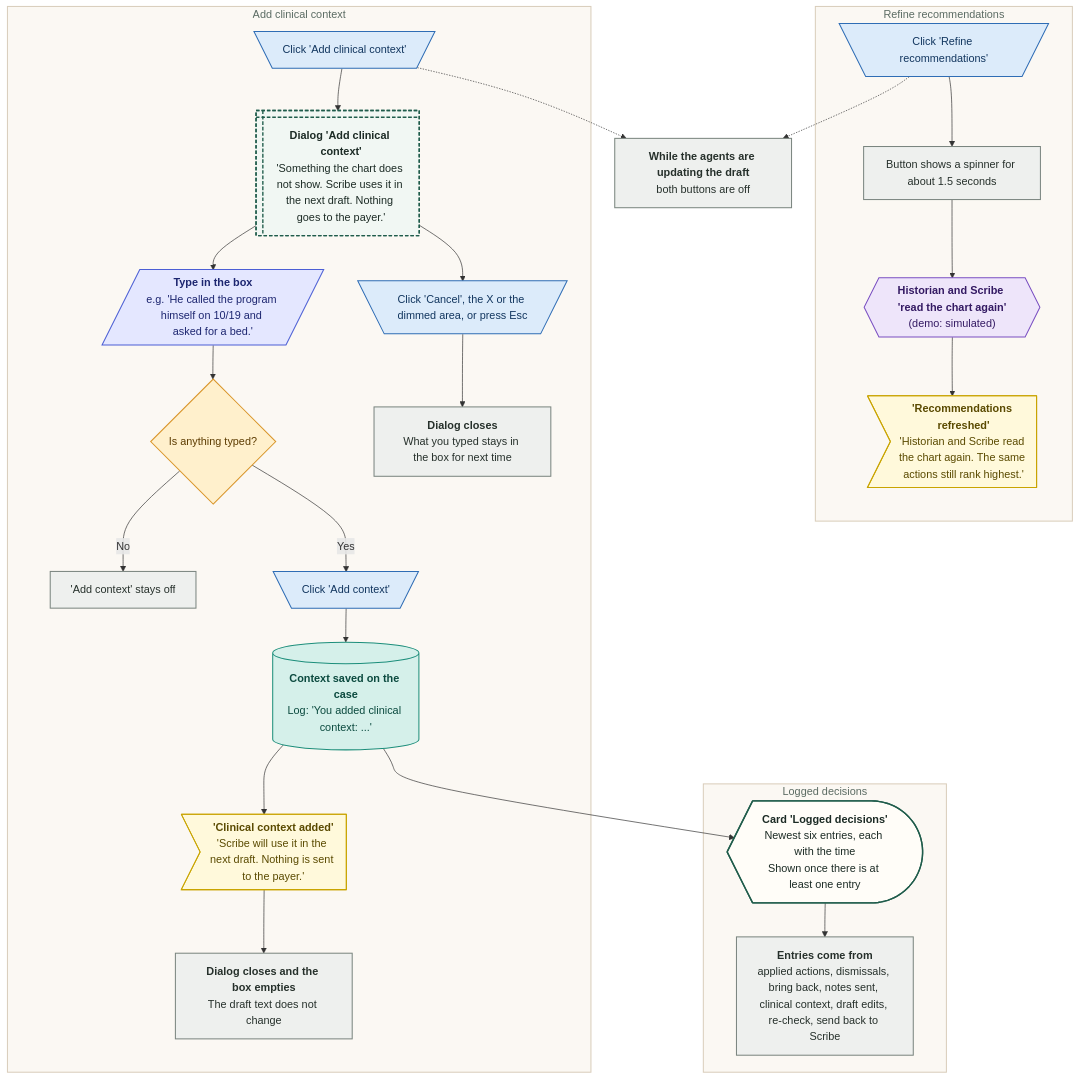
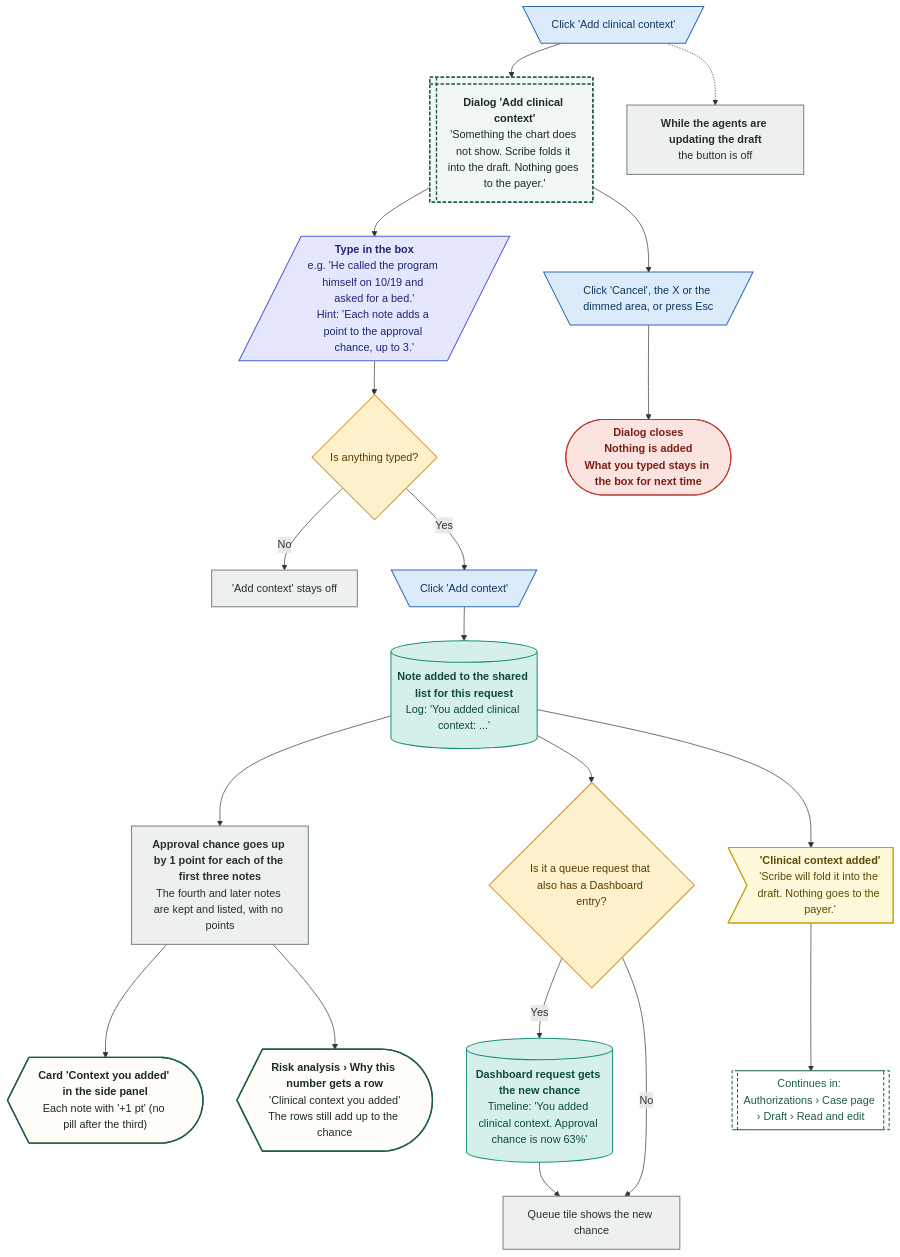
One commit to Shrav143/psyfloapp changed diagram 16 of 26 in demos/prior-auth-demo/workflows/out/md/03-authorizations.md. Above: the diagram before and after it, drawn with Mermaid. The commit also changed other lines of this file and 195 other files, not shown here.

First line of the commit message:
docs: Rebuild workflow diagrams after the demo fixes (220 diagrams)

````diff
--- a/demos/prior-auth-demo/workflows/out/md/03-authorizations.md
+++ b/demos/prior-auth-demo/workflows/out/md/03-authorizations.md
@@ -1172,65 +1285,58 @@
 ```mermaid
 %%{init: {"theme":"base","themeVariables":{"fontFamily":"'DM Sans', 'Segoe UI', system-ui, sans-serif","fontSize":"15px","lineColor":"#5B6B63","primaryTextColor":"#1C2B25","clusterBkg":"#FBF8F3","clusterBorder":"#D9CDBB","edgeLabelBackground":"#FFFFFF"},"flowchart":{"curve":"basis","nodeSpacing":36,"rankSpacing":48,"padding":12,"htmlLabels":true,"useMaxWidth":false,"wrappingWidth":230}} }%%
 flowchart TD
   classDef k_start fill:#1F5C4B,stroke:#174638,color:#FFFFFF,stroke-width:1.5px,font-weight:600
   classDef k_end fill:#DDEFE3,stroke:#2E7D4F,color:#14502F,stroke-width:1.5px,font-weight:600
   classDef k_endx fill:#FBE3E0,stroke:#C0392B,color:#7A1F16,stroke-width:1.5px,font-weight:600
   classDef k_screen fill:#FFFDF8,stroke:#1F5C4B,color:#1C2B25,stroke-width:2px
   classDef k_overlay fill:#F1F7F3,stroke:#1F5C4B,color:#1C2B25,stroke-width:2px,stroke-dasharray:5 3
   classDef k_click fill:#DCEBFA,stroke:#2F6DB5,color:#12365F,stroke-width:1.5px
   classDef k_input fill:#E4E7FF,stroke:#4C5FD5,color:#1D2670,stroke-width:1.5px
   classDef k_process fill:#EEF0EE,stroke:#7A857F,color:#26302B,stroke-width:1.5px
   classDef k_agent fill:#EEE5FA,stroke:#7A4FC2,color:#341A63,stroke-width:1.5px
   classDef k_decision fill:#FFF0CC,stroke:#D9962B,color:#5C3B00,stroke-width:1.5px
   classDef k_store fill:#D5F0EA,stroke:#1C8E7B,color:#0B4A3F,stroke-width:1.5px
   classDef k_doc fill:#F6E9DC,stroke:#B07A4C,color:#4A2E14,stroke-width:1.5px
   classDef k_ext fill:#FFE6D2,stroke:#E07B39,color:#6B2F06,stroke-width:1.5px
   classDef k_wait fill:#E4E8EE,stroke:#6B7C93,color:#26303D,stroke-width:1.5px
   classDef k_toast fill:#FFF9DB,stroke:#C9A400,color:#5A4A00,stroke-width:1.5px
   classDef k_goto fill:#FFFFFF,stroke:#1F5C4B,color:#1F5C4B,stroke-width:1.5px,stroke-dasharray:5 3
-  subgraph gRf ["Refine recommendations"]
-  rf@{ shape: trap-t, label: "Click 'Refine recommendations'" }
-  sp@{ shape: rect, label: "Button shows a spinner for about 1.5 seconds" }
-  hs@{ shape: hex, label: "<b>Historian and Scribe 'read the chart again'</b><br/>(demo: simulated)" }
-  tr@{ shape: odd, label: "<b>'Recommendations refreshed'</b><br/>'Historian and Scribe read the chart again. The same actions still rank highest.'" }
-  end
-  subgraph gCx ["Add clinical context"]
   cc@{ shape: trap-t, label: "Click 'Add clinical context'" }
-  m@{ shape: win-pane, label: "<b>Dialog 'Add clinical context'</b><br/>'Something the chart does not show. Scribe uses it in the next draft. Nothing goes to the payer.'" }
-  ta@{ shape: lean-r, label: "<b>Type in the box</b><br/>e.g. 'He called the program himself on 10/19 and asked for a bed.'" }
+  m@{ shape: win-pane, label: "<b>Dialog 'Add clinical context'</b><br/>'Something the chart does not show. Scribe folds it into the draft. Nothing goes to the payer.'" }
+  ta@{ shape: lean-r, label: "<b>Type in the box</b><br/>e.g. 'He called the program himself on 10/19 and asked for a bed.'<br/>Hint: 'Each note adds a point to the approval chance, up to 3.'" }
   d@{ shape: diam, label: "Is anything typed?" }
   dis@{ shape: rect, label: "'Add context' stays off" }
   ad@{ shape: trap-t, label: "Click 'Add context'" }
   cn@{ shape: trap-t, label: "Click 'Cancel', the X or the dimmed area, or press Esc" }
-  cl@{ shape: rect, label: "<b>Dialog closes</b><br/>What you typed stays in the box for next time" }
-  sv@{ shape: cyl, label: "<b>Context saved on the case</b><br/>Log: 'You added clinical context: ...'" }
-  tc@{ shape: odd, label: "<b>'Clinical context added'</b><br/>'Scribe will use it in the next draft. Nothing is sent to the payer.'" }
-  nu@{ shape: rect, label: "<b>Dialog closes and the box empties</b><br/>The draft text does not change" }
-  end
-  lk@{ shape: rect, label: "<b>While the agents are updating the draft</b><br/>both buttons are off" }
-  subgraph gLg ["Logged decisions"]
-  lg@{ shape: curv-trap, label: "<b>Card 'Logged decisions'</b><br/>Newest six entries, each with the time<br/>Shown once there is at least one entry" }
-  en@{ shape: rect, label: "<b>Entries come from</b><br/>applied actions, dismissals, bring back, notes sent, clinical context, draft edits, re-check, send back to Scribe" }
-  end
-  rf --> sp --> hs --> tr
+  cl@{ shape: stadium, label: "<b>Dialog closes</b><br/>Nothing is added<br/>What you typed stays in the box for next time" }
+  lk@{ shape: rect, label: "<b>While the agents are updating the draft</b><br/>the button is off" }
+  sv@{ shape: cyl, label: "<b>Note added to the shared list for this request</b><br/>Log: 'You added clinical context: ...'" }
+  nu@{ shape: rect, label: "<b>Approval chance goes up by 1 point for each of the first three notes</b><br/>The fourth and later notes are kept and listed, with no points" }
+  ls@{ shape: curv-trap, label: "<b>Card 'Context you added' in the side panel</b><br/>Each note with '+1 pt' (no pill after the third)" }
+  rk@{ shape: curv-trap, label: "<b>Risk analysis › Why this number gets a row</b><br/>'Clinical context you added'<br/>The rows still add up to the chance" }
+  dQ@{ shape: diam, label: "Is it a queue request that also has a Dashboard entry?" }
+  db@{ shape: cyl, label: "<b>Dashboard request gets the new chance</b><br/>Timeline: 'You added clinical context. Approval chance is now 63%'" }
+  qu@{ shape: rect, label: "Queue tile shows the new chance" }
+  tc@{ shape: odd, label: "<b>'Clinical context added'</b><br/>'Scribe will fold it into the draft. Nothing goes to the payer.'" }
+  g1@{ shape: subproc, label: "Continues in: Authorizations › Case page › Draft › Read and edit" }
   cc --> m --> ta --> d
   d -->|"No"| dis
-  d -->|"Yes"| ad --> sv --> tc --> nu
+  d -->|"Yes"| ad --> sv --> nu --> ls
+  nu --> rk
+  sv --> dQ
+  dQ -->|"Yes"| db --> qu
+  dQ -->|"No"| qu
+  sv --> tc --> g1
   m --> cn --> cl
-  sv --> lg
-  lg --> en
-  rf -.-> lk
   cc -.-> lk
-  class rf,cc,ad,cn k_click
-  class sp,dis,cl,nu,lk,en k_process
-  class hs k_agent
-  class tr,tc k_toast
+  class cc,ad,cn k_click
   class m k_overlay
   class ta k_input
-  class d k_decision
-  class sv k_store
-  class lg k_screen
-  style gRf fill:#FBF8F3,stroke:#D9CDBB,stroke-width:1.5px,color:#5B6B63
-  style gCx fill:#FBF8F3,stroke:#D9CDBB,stroke-width:1.5px,color:#5B6B63
-  style gLg fill:#FBF8F3,stroke:#D9CDBB,stroke-width:1.5px,color:#5B6B63
+  class d,dQ k_decision
+  class dis,lk,nu,qu k_process
+  class cl k_endx
+  class sv,db k_store
+  class ls,rk k_screen
+  class tc k_toast
+  class g1 k_goto
 ```
````
